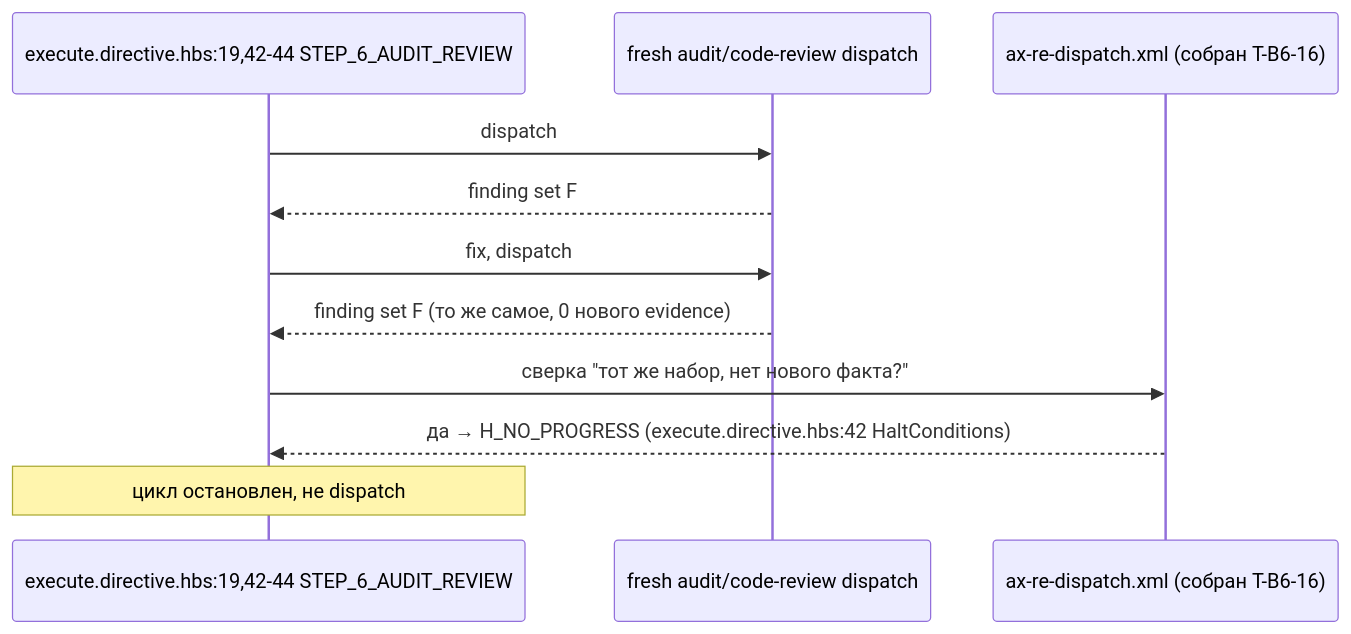
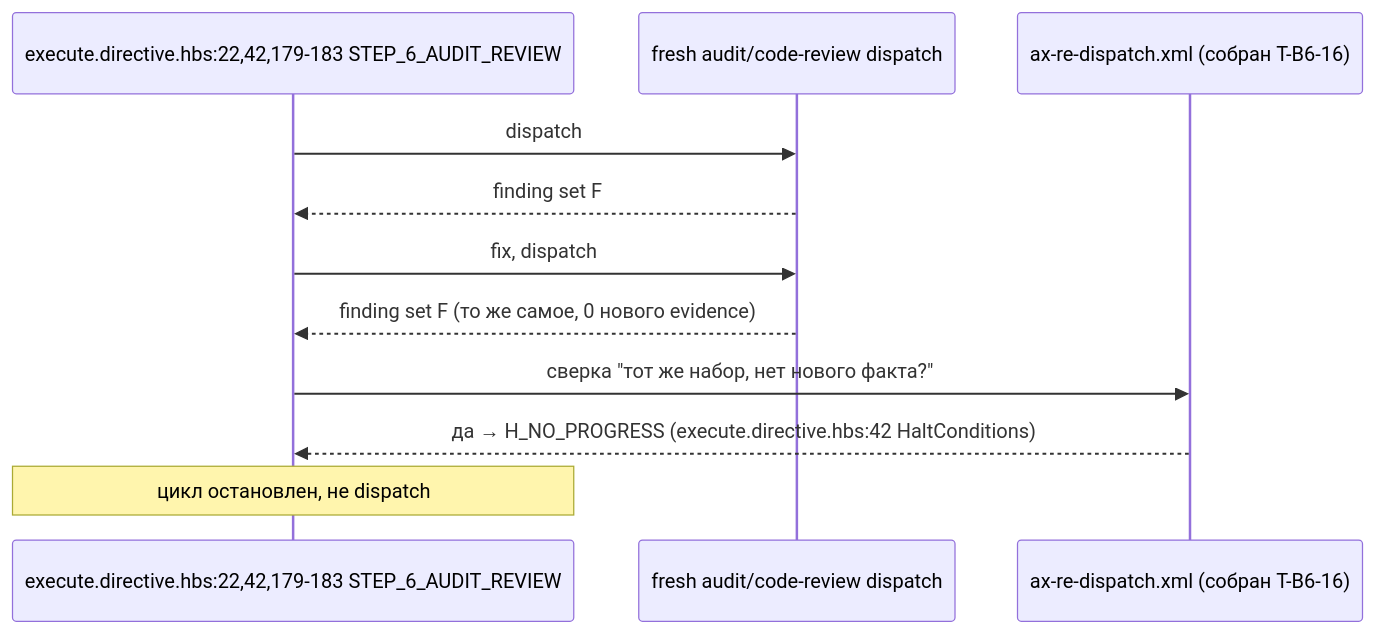
The second of 2 diagrams in ai/drafts/research/sdd-v1-to-v2-transfer/_raw/reports/R-T-B6-16.md (RubaXa/gennady), drawn with Mermaid before and after one commit. The commit also changed other lines of this file and 6 other files, not shown here.

````diff
--- a/ai/drafts/research/sdd-v1-to-v2-transfer/_raw/reports/R-T-B6-16.md
+++ b/ai/drafts/research/sdd-v1-to-v2-transfer/_raw/reports/R-T-B6-16.md
@@ -43,13 +43,13 @@
 ```mermaid
 sequenceDiagram
-  participant EXE as execute.directive.hbs:19,42-44 STEP_6_AUDIT_REVIEW
+  participant EXE as execute.directive.hbs:22,42,179-183 STEP_6_AUDIT_REVIEW
   participant REV as fresh audit/code-review dispatch
   participant AXR as ax-re-dispatch.xml (собран T-B6-16)
   EXE->>REV: dispatch #1 (per AX_RE_DISPATCH)
   REV-->>EXE: finding set F
   EXE->>REV: fix, dispatch #2
   REV-->>EXE: finding set F (то же самое, 0 нового evidence)
   EXE->>AXR: сверка "тот же набор, нет нового факта?"
   AXR-->>EXE: да → H_NO_PROGRESS (execute.directive.hbs:42 HaltConditions)
   Note over EXE: цикл остановлен, не dispatch #3
 ```
````
